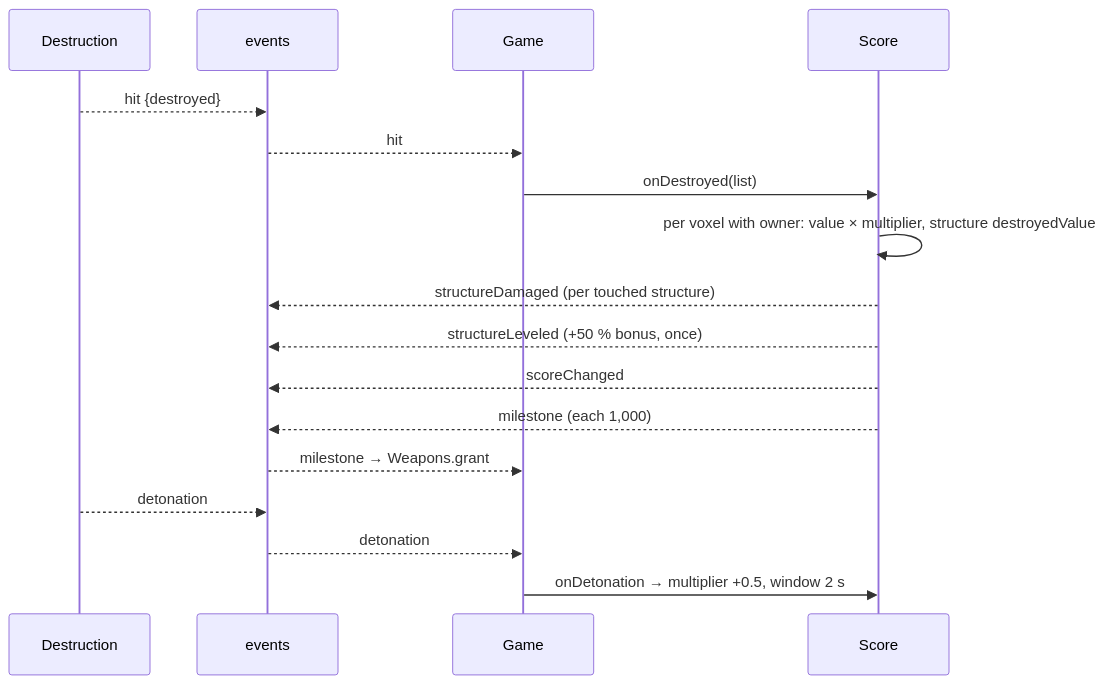
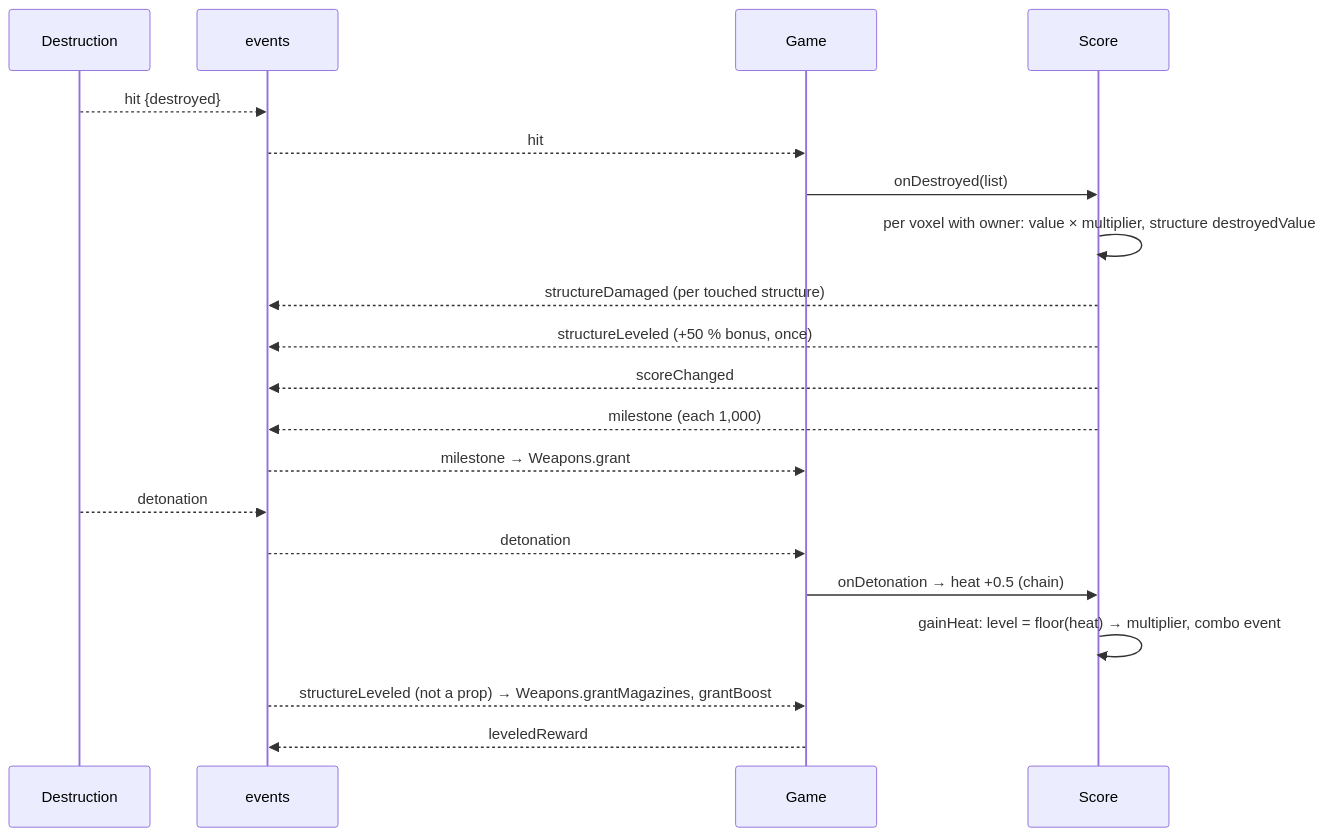
The sixth of 12 diagrams in docs/DEVELOPER-TREE.md (chesterbait88/Sandbox), drawn with Mermaid before and after one commit. The commit also changed other lines of this file and 16 other files, not shown here.

First line of the commit message:
hud: combo meter plate, leveled rewards, smaller ammo plate with a C4 pip column

````diff
--- a/docs/DEVELOPER-TREE.md
+++ b/docs/DEVELOPER-TREE.md
@@ -184,19 +184,22 @@
 ```mermaid
 sequenceDiagram
     participant D as Destruction
     participant E as events
     participant G as Game
     participant S as Score
     D-->>E: hit {destroyed}
     E-->>G: hit
     G->>S: onDestroyed(list)
     S->>S: per voxel with owner: value × multiplier, structure destroyedValue
     S-->>E: structureDamaged (per touched structure)
     S-->>E: structureLeveled (+50 % bonus, once)
     S-->>E: scoreChanged
     S-->>E: milestone (each 1,000)
     E-->>G: milestone → Weapons.grant
     D-->>E: detonation
     E-->>G: detonation
-    G->>S: onDetonation → multiplier +0.5, window 2 s
+    G->>S: onDetonation → heat +0.5 (chain)
+    S->>S: gainHeat: level = floor(heat) → multiplier, combo event
+    E-->>G: structureLeveled (not a prop) → Weapons.grantMagazines, grantBoost
+    G-->>E: leveledReward
 ```
````
